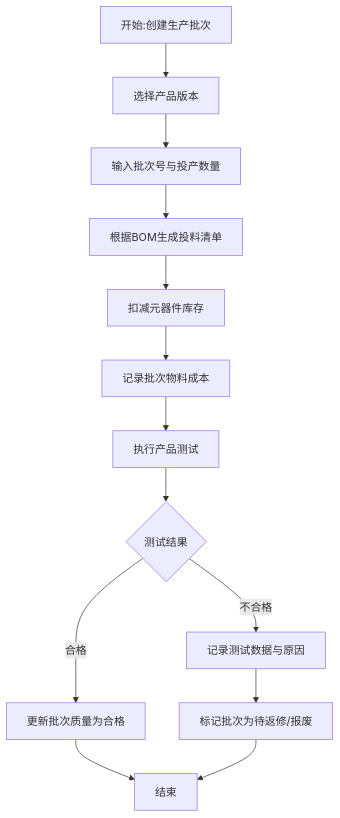
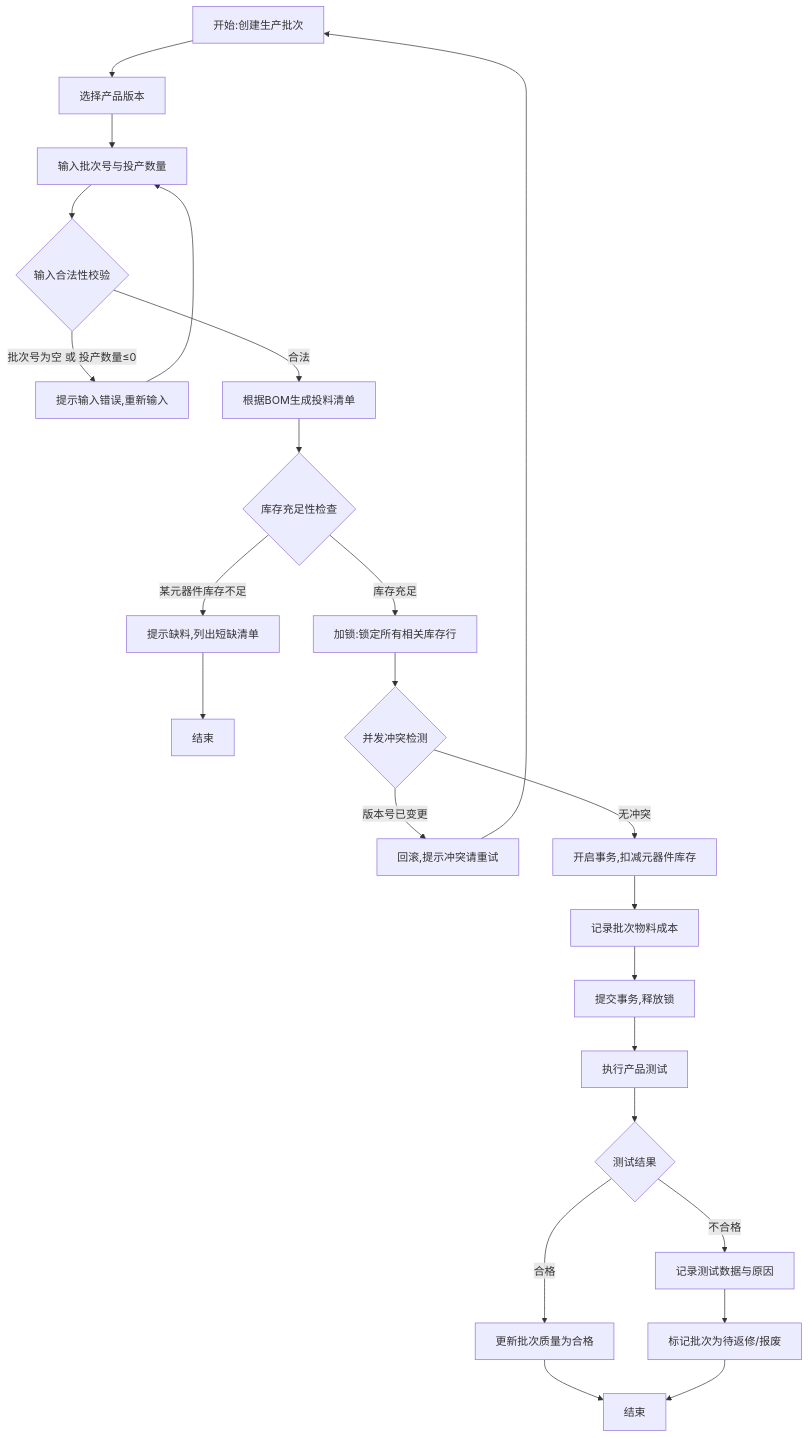
Before and after one commit to NorthBridgeAthlon64/HPLM_SQL: the third of 6 diagrams in 01_功能说明.md, drawn with Mermaid. The commit also changed other lines of this file and 2 other files, not shown here.

First line of the commit message:
feat: 完善Mermaid流程图异常分支、数据字典与DDL一致性、AI使用记录

````diff
--- a/01_功能说明.md
+++ b/01_功能说明.md
@@ -65,15 +88,26 @@
 ```mermaid
 flowchart TD
     A[开始:创建生产批次] --> B[选择产品版本]
     B --> C[输入批次号与投产数量]
-    C --> D[根据BOM生成投料清单]
-    D --> E[扣减元器件库存]
-    E --> F[记录批次物料成本]
-    F --> G[执行产品测试]
-    G --> H{测试结果}
-    H -->|合格| I[更新批次质量为合格]
-    H -->|不合格| J[记录测试数据与原因]
-    J --> K[标记批次为待返修/报废]
-    I --> L[结束]
-    K --> L
+    C --> D{输入合法性校验}
+    D -->|批次号为空 或 投产数量≤0| E[提示输入错误,重新输入]
+    E --> C
+    D -->|合法| F[根据BOM生成投料清单]
+    F --> G{库存充足性检查}
+    G -->|某元器件库存不足| H[提示缺料,列出短缺清单]
+    H --> I[结束]
+    G -->|库存充足| J[加锁:锁定所有相关库存行]
+    J --> K{并发冲突检测}
+    K -->|版本号已变更| L[回滚,提示冲突请重试]
+    L --> A
+    K -->|无冲突| M[开启事务,扣减元器件库存]
+    M --> N[记录批次物料成本]
+    N --> O[提交事务,释放锁]
+    O --> P[执行产品测试]
+    P --> Q{测试结果}
+    Q -->|合格| R[更新批次质量为合格]
+    Q -->|不合格| S[记录测试数据与原因]
+    S --> T[标记批次为待返修/报废]
+    R --> U[结束]
+    T --> U
 ```
````
